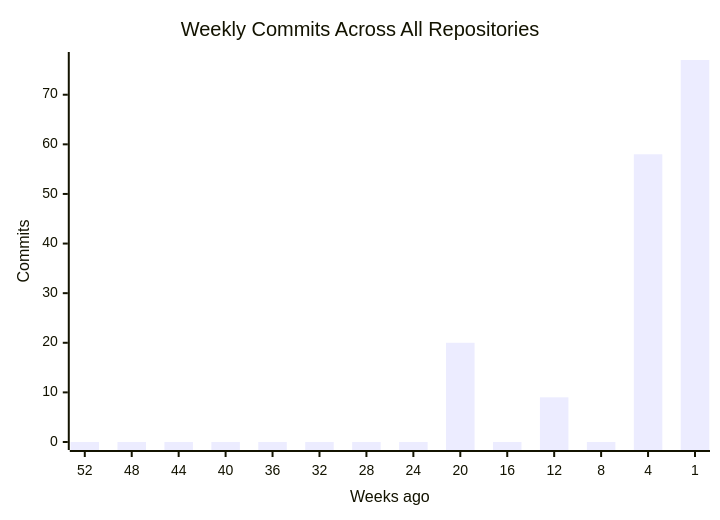
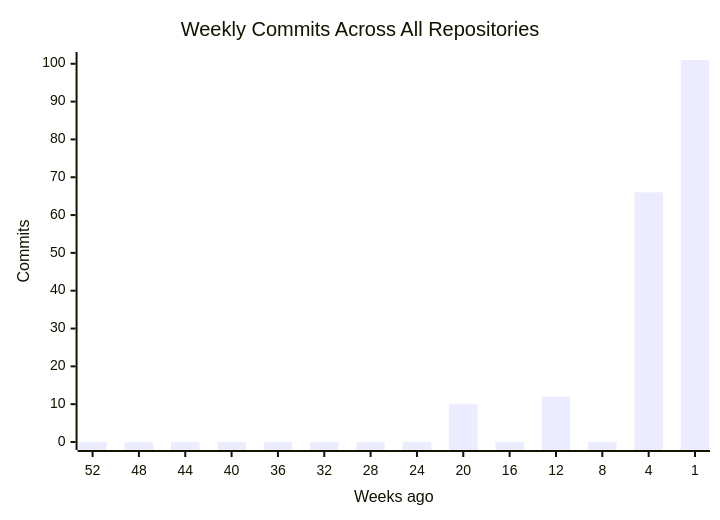
Before and after one commit to CSTH-Projects/.github: the first of 4 diagrams in profile/README.md, drawn with Mermaid. The commit also changed other lines of this file, not shown here.

````diff
--- a/profile/README.md
+++ b/profile/README.md
@@ -15,7 +15,7 @@
 ```mermaid
 xychart-beta
     title "Weekly Commits Across All Repositories"
     x-axis "Weeks ago" [52, 48, 44, 40, 36, 32, 28, 24, 20, 16, 12, 8, 4, 1]
     y-axis "Commits"
-    bar [0, 0, 0, 0, 0, 0, 0, 0, 20, 0, 9, 0, 58, 77]
+    bar [0, 0, 0, 0, 0, 0, 0, 0, 10, 0, 12, 0, 66, 101]
 ```
````
